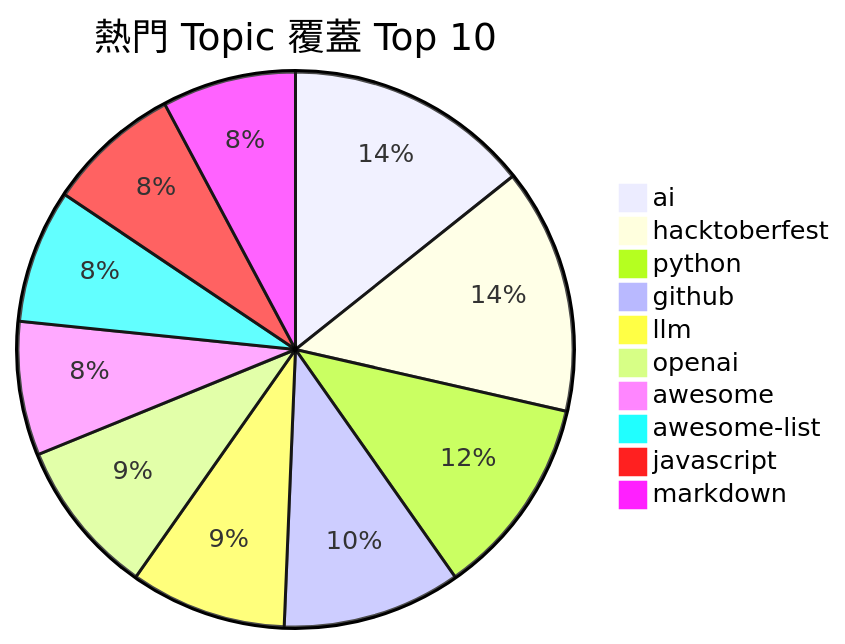
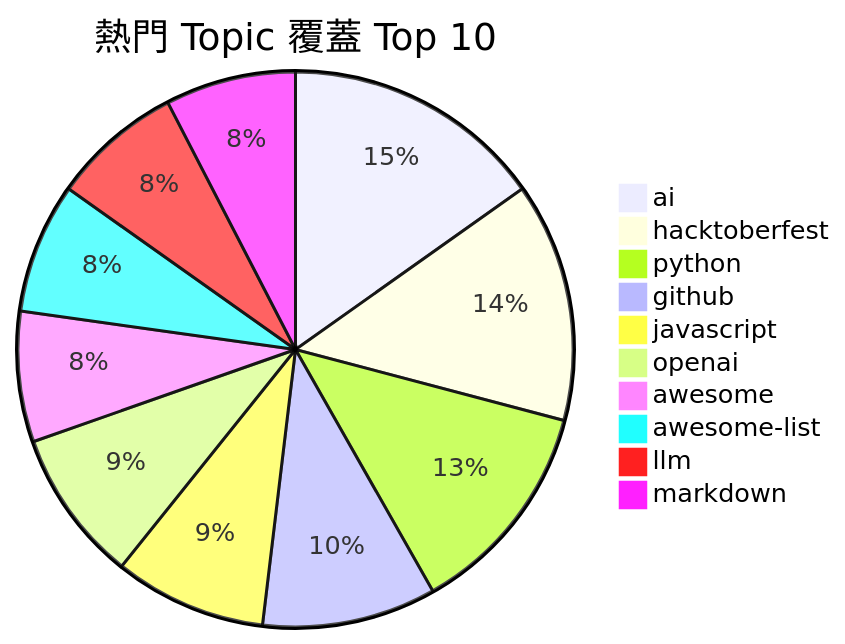
Before and after one commit to Andy87877/GitHub-Star-Manager: the first of 2 diagrams in README.md, drawn with Mermaid. The commit also changed other lines of this file and 3 other files, not shown here.

````diff
--- a/README.md
+++ b/README.md
@@ -11,13 +11,13 @@
 ```mermaid
 pie title 熱門 Topic 覆蓋 Top 10
-    "ai" : 11
+    "ai" : 12
     "hacktoberfest" : 11
-    "python" : 9
+    "python" : 10
     "github" : 8
-    "llm" : 7
+    "javascript" : 7
     "openai" : 7
     "awesome" : 6
     "awesome-list" : 6
-    "javascript" : 6
+    "llm" : 6
     "markdown" : 6
 ```
````
